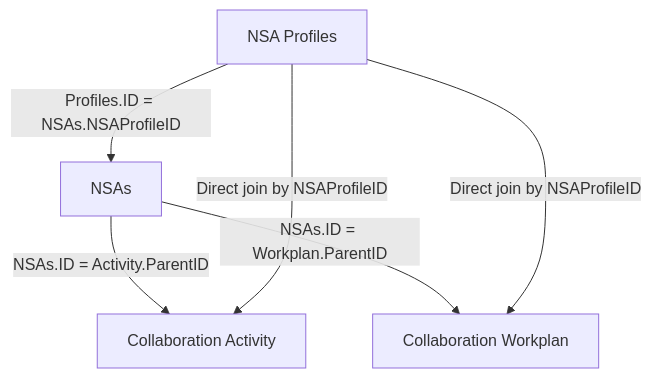
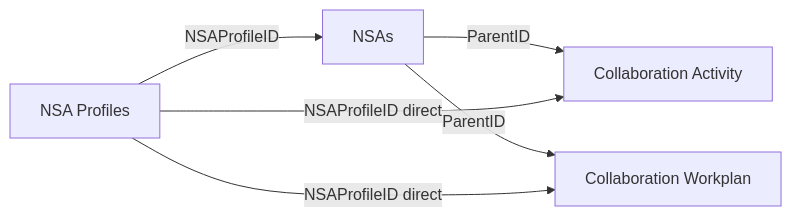
One commit to geraldotech/paho-nsa changed the diagram in docs/NSA_web_frontier/dev-data-structure-validation-report.md. Above: the diagram before and after it, drawn with Mermaid. The commit also changed other lines of this file, not shown here.

````diff
--- a/docs/NSA_web_frontier/dev-data-structure-validation-report.md
+++ b/docs/NSA_web_frontier/dev-data-structure-validation-report.md
@@ -62,13 +62,13 @@
 ```mermaid
-graph TD
+graph LR
     P[NSA Profiles]
     N[NSAs]
     A[Collaboration Activity]
     W[Collaboration Workplan]
 
-    P -->|Profiles.ID = NSAs.NSAProfileID| N
-    N -->|NSAs.ID = Activity.ParentID| A
-    N -->|NSAs.ID = Workplan.ParentID| W
-    P -->|Direct join by NSAProfileID| A
-    P -->|Direct join by NSAProfileID| W
+    P -->|NSAProfileID| N
+    N -->|ParentID| A
+    N -->|ParentID| W
+    P -->|NSAProfileID direct| A
+    P -->|NSAProfileID direct| W
 ```
````
